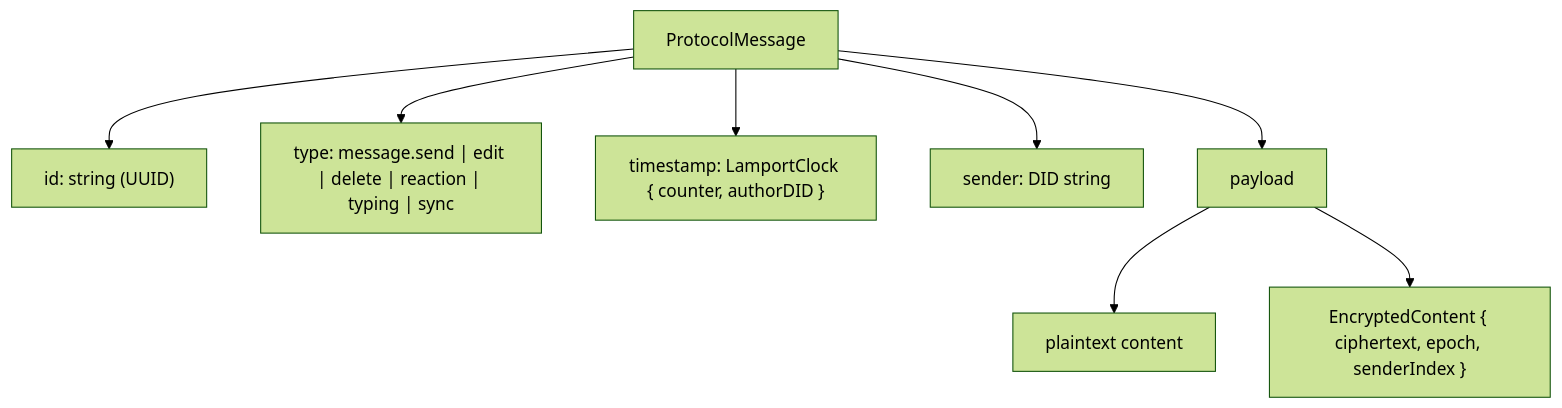
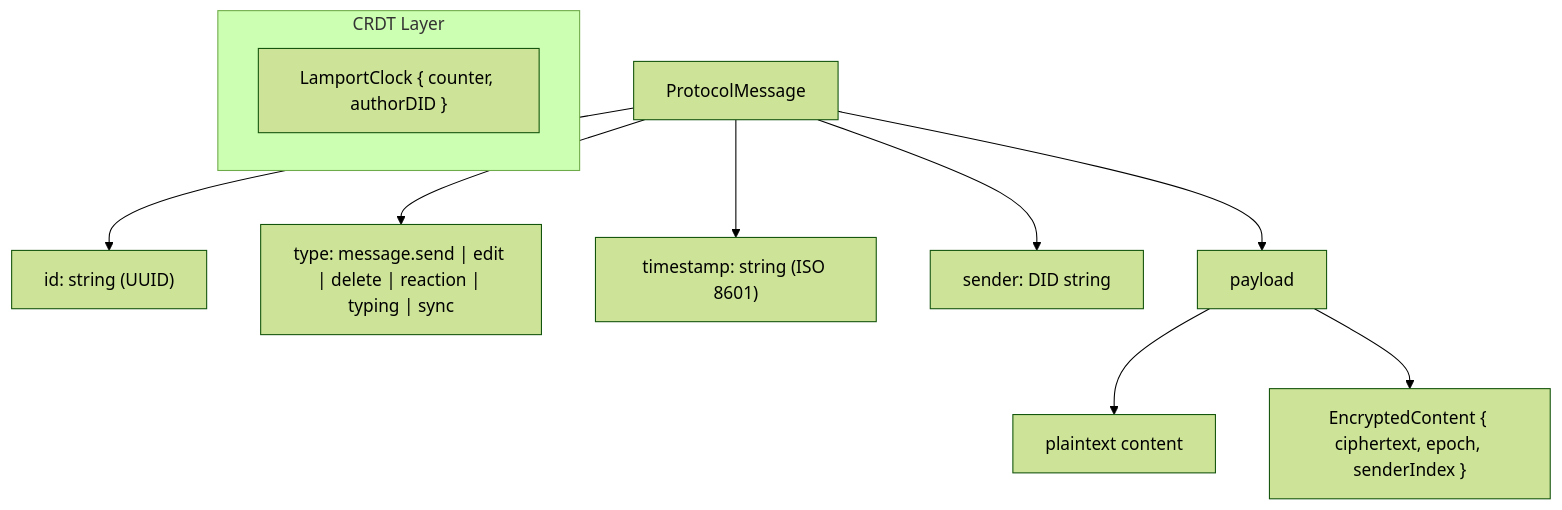
Diagram 19 of 41 in ARCHITECTURE.md (HexaField/harmony), drawn with Mermaid (forest theme) before and after one commit. The commit also changed other lines of this file, not shown here.

````diff
--- a/ARCHITECTURE.md
+++ b/ARCHITECTURE.md
@@ -441,12 +441,16 @@
 ```mermaid
 graph TB
     PM["ProtocolMessage"]
     PM --> id["id: string (UUID)"]
     PM --> type["type: message.send | edit | delete | reaction | typing | sync"]
-    PM --> ts["timestamp: LamportClock { counter, authorDID }"]
+    PM --> ts["timestamp: string (ISO 8601)"]
     PM --> sender["sender: DID string"]
     PM --> payload["payload"]
 
     payload --> plain["plaintext content"]
     payload --> enc["EncryptedContent { ciphertext, epoch, senderIndex }"]
+
+    subgraph CRDT Layer
+        LC["LamportClock { counter, authorDID }"]
+    end
 ```
````
